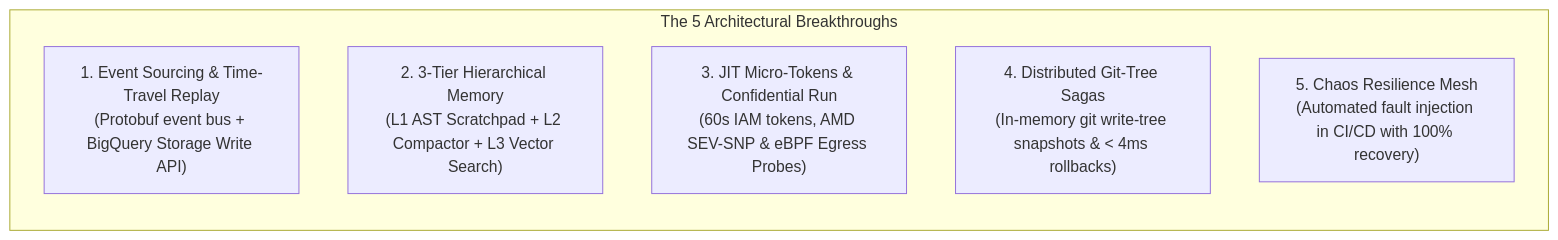
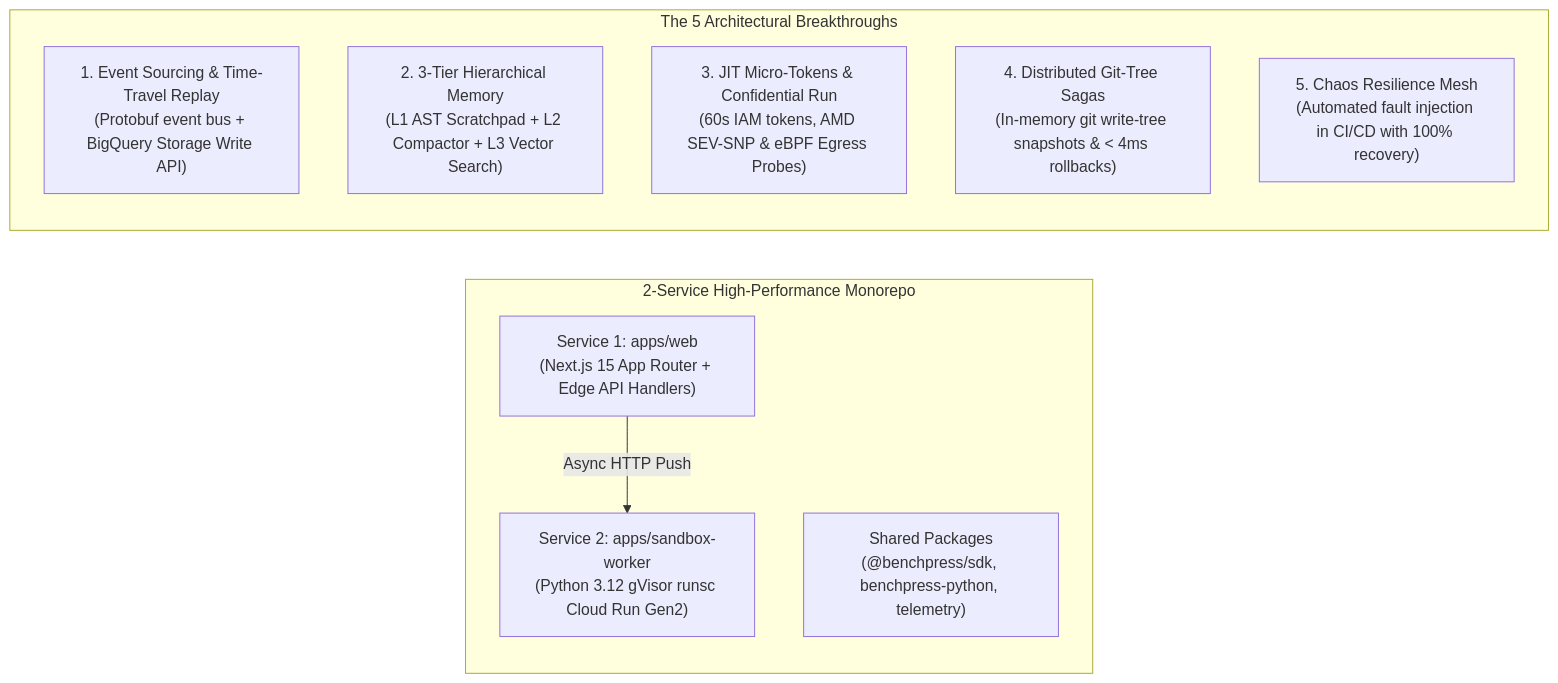
One commit to lx-singw/benchpress changed the diagram in docs/hackathon/03-judging-criteria-deep-dive.md. Above: the diagram before and after it, drawn with Mermaid. The commit also changed other lines of this file and 5 other files, not shown here.

Commit message:
docs: overhaul implementation suite to 2-service high-performance monorepo architecture

````diff
--- a/docs/hackathon/03-judging-criteria-deep-dive.md
+++ b/docs/hackathon/03-judging-criteria-deep-dive.md
@@ -44,10 +44,18 @@
 ```mermaid
 flowchart LR
+    subgraph MonorepoTopology["2-Service High-Performance Monorepo"]
+        Web["Service 1: apps/web<br/>(Next.js 15 App Router + Edge API Handlers)"]
+        Worker["Service 2: apps/sandbox-worker<br/>(Python 3.12 gVisor runsc Cloud Run Gen2)"]
+        Packages["Shared Packages<br/>(@benchpress/sdk, benchpress-python, telemetry)"]
+    end
+
     subgraph ArchitectureBreakthroughs["The 5 Architectural Breakthroughs"]
         B1["1. Event Sourcing & Time-Travel Replay<br/>(Protobuf event bus + BigQuery Storage Write API)"]
         B2["2. 3-Tier Hierarchical Memory<br/>(L1 AST Scratchpad + L2 Compactor + L3 Vector Search)"]
         B3["3. JIT Micro-Tokens & Confidential Run<br/>(60s IAM tokens, AMD SEV-SNP & eBPF Egress Probes)"]
         B4["4. Distributed Git-Tree Sagas<br/>(In-memory git write-tree snapshots & < 4ms rollbacks)"]
         B5["5. Chaos Resilience Mesh<br/>(Automated fault injection in CI/CD with 100% recovery)"]
     end
+
+    Web -->|Async HTTP Push| Worker
 ```
````
